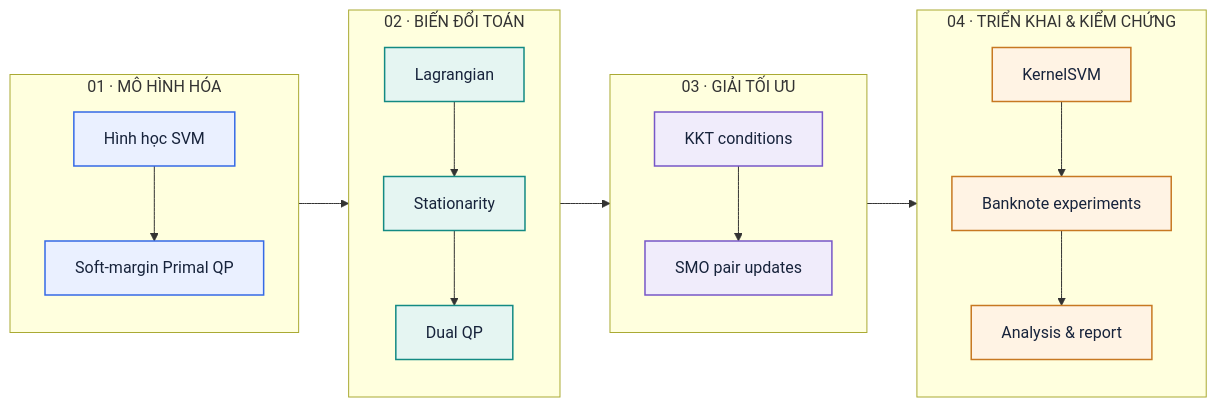
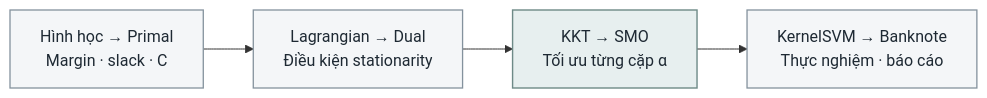
The diagram in docs/diagrams/overview.mmd (phucduocdoan/svm-optimization), drawn with Mermaid before and after one commit. The commit also changed 44 other files, not shown here.

Commit message:
Improve SVM illustrations and kernel robustness

```diff
--- a/docs/diagrams/overview.mmd
+++ b/docs/diagrams/overview.mmd
@@ -1,28 +1,8 @@
 flowchart LR
-  subgraph P1["01 · MÔ HÌNH HÓA"]
-    direction TB
-    A["Hình học SVM"] --> B["Soft-margin Primal QP"]
-  end
-  subgraph P2["02 · BIẾN ĐỔI TOÁN"]
-    direction TB
-    C["Lagrangian"] --> D["Stationarity"] --> E["Dual QP"]
-  end
-  subgraph P3["03 · GIẢI TỐI ƯU"]
-    direction TB
-    F["KKT conditions"] --> G["SMO pair updates"]
-  end
-  subgraph P4["04 · TRIỂN KHAI & KIỂM CHỨNG"]
-    direction TB
-    H["KernelSVM"] --> I["Banknote experiments"] --> J["Analysis & report"]
-  end
-  B --> C
-  E --> F
-  G --> H
-  classDef model fill:#EAF0FF,stroke:#356AE6,color:#17233B,stroke-width:1.5px
-  classDef math fill:#E5F5F2,stroke:#138A83,color:#17233B,stroke-width:1.5px
-  classDef opt fill:#F0ECFB,stroke:#7757C7,color:#17233B,stroke-width:1.5px
-  classDef app fill:#FFF3E4,stroke:#C77822,color:#17233B,stroke-width:1.5px
-  class A,B model
-  class C,D,E math
-  class F,G opt
-  class H,I,J app
+  A["Hình học → Primal<br/>Margin · slack · C"] --> C["Lagrangian → Dual<br/>Điều kiện stationarity"]
+  C --> D["KKT → SMO<br/>Tối ưu từng cặp α"]
+  D --> F["KernelSVM → Banknote<br/>Thực nghiệm · báo cáo"]
+  classDef standard fill:#f4f6f8,stroke:#84929d,color:#1e2933,stroke-width:1.3px
+  classDef focus fill:#e7efef,stroke:#6e8a87,color:#1e2933,stroke-width:1.4px
+  class A,C,F standard
+  class D focus
```
